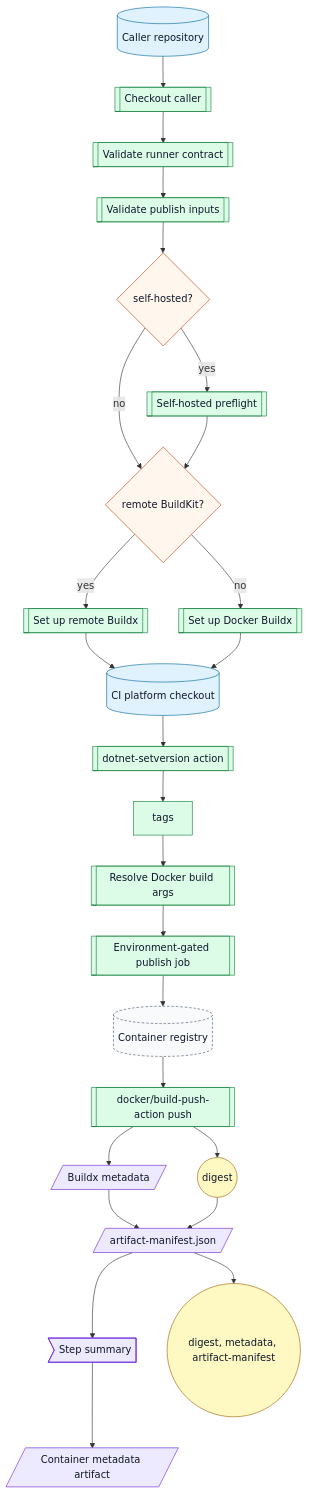
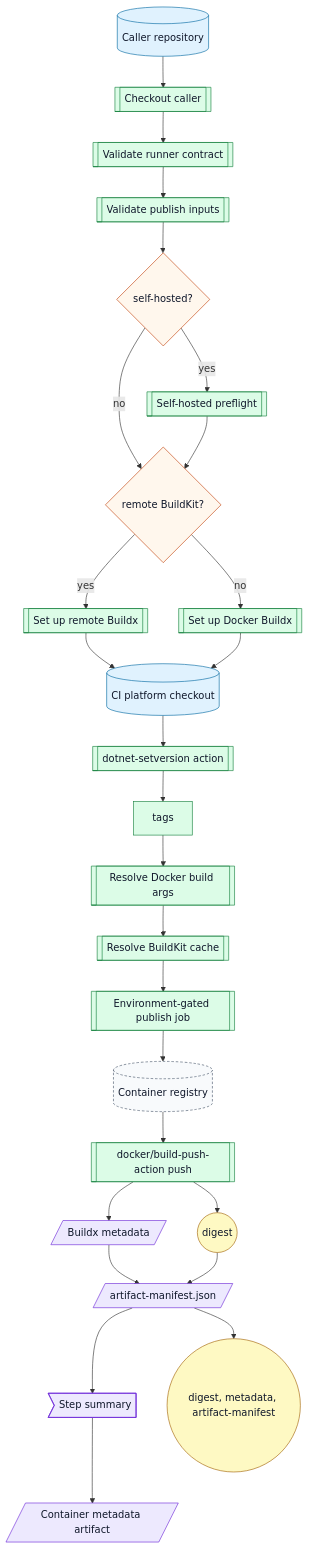
One commit to ArkanisCorporation/ci changed diagram 14 of 17 in docs/workflow-catalog.md. Above: the diagram before and after it, drawn with Mermaid. The commit also changed other lines of this file and 9 other files, not shown here.

Commit message:
fix(gha): default container builds to scoped BuildKit cache

````diff
--- a/docs/workflow-catalog.md
+++ b/docs/workflow-catalog.md
@@ -1477,39 +1487,40 @@
 ```mermaid
 flowchart TD
   caller[("Caller repository")] --> checkout[[Checkout caller]]
   checkout --> validate[[Validate runner contract]]
   validate --> inputs[[Validate publish inputs]]
   inputs --> preflight{self-hosted?}
   preflight -->|yes| sh[[Self-hosted preflight]]
   preflight -->|no| builder{remote BuildKit?}
   sh --> builder
   builder -->|yes| remote[[Set up remote Buildx]]
   builder -->|no| local[[Set up Docker Buildx]]
   remote --> platform[("CI platform checkout")]
   local --> platform
   platform --> setversion[[dotnet-setversion action]]
   setversion --> tags
   tags --> args[[Resolve Docker build args]]
-  args --> envGate[["Environment-gated publish job"]]
+  args --> cache[[Resolve BuildKit cache]]
+  cache --> envGate[["Environment-gated publish job"]]
   envGate --> registry[("Container registry")]
   registry --> build[[docker/build-push-action push]]
   build --> metadata[/Buildx metadata/]
   build --> digest(("digest"))
   metadata --> manifest[/artifact-manifest.json/]
   digest --> manifest
   manifest --> summary>Step summary]
   summary --> upload[/Container metadata artifact/]
   manifest --> outputs(("digest, metadata, artifact-manifest"))
   classDef repo fill:#e0f2fe,stroke:#0369a1,color:#0f172a
   classDef action fill:#dcfce7,stroke:#15803d,color:#0f172a
   classDef decision fill:#fff7ed,stroke:#c2410c,color:#0f172a
   classDef artifact fill:#ede9fe,stroke:#6d28d9,color:#0f172a
   classDef output fill:#fef9c3,stroke:#a16207,color:#0f172a
   classDef external fill:#f8fafc,stroke:#475569,stroke-dasharray: 4 3,color:#0f172a
   class caller,platform repo
-  class checkout,validate,inputs,sh,remote,local,setversion,tags,args,envGate,build action
+  class checkout,validate,inputs,sh,remote,local,setversion,tags,args,cache,envGate,build action
   class preflight,builder decision
   class metadata,manifest,summary,upload artifact
   class digest,outputs output
   class registry external
 ```
````
